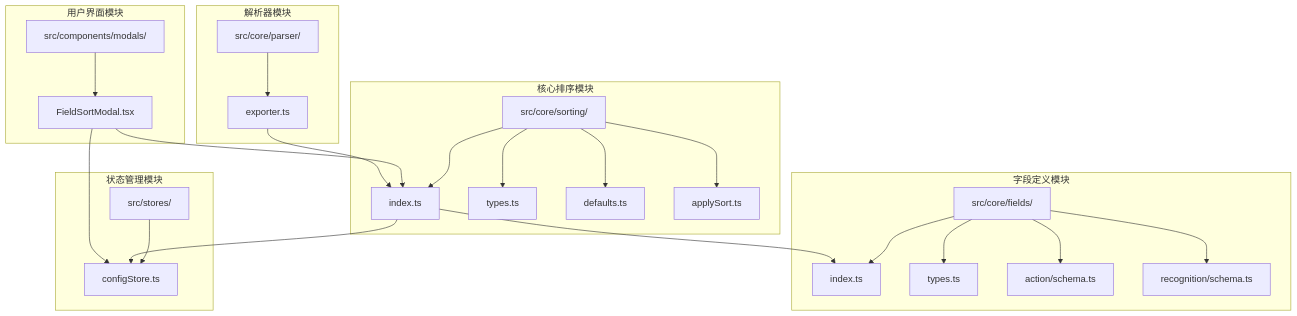
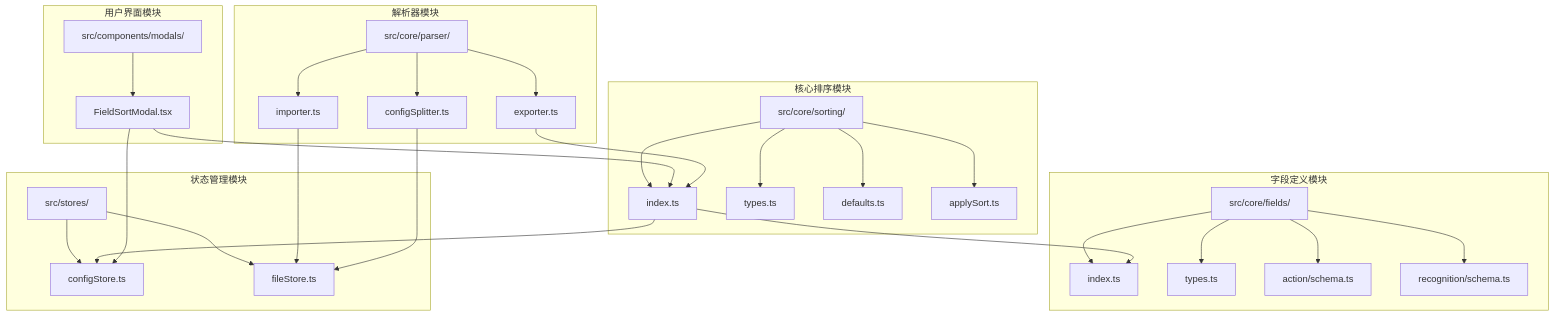
Before and after one commit to kqcoxn/MaaPipelineEditor: the first of 9 diagrams in .qoder/repowiki/zh/content/核心概念/字段排序系统.md, drawn with Mermaid. The commit also changed other lines of this file and 31 other files, not shown here.

````diff
--- a/.qoder/repowiki/zh/content/核心概念/字段排序系统.md
+++ b/.qoder/repowiki/zh/content/核心概念/字段排序系统.md
@@ -39,29 +51,34 @@
 ```mermaid
 graph TB
 subgraph "核心排序模块"
 A[src/core/sorting/] --> A1[index.ts]
 A --> A2[types.ts]
 A --> A3[defaults.ts]
 A --> A4[applySort.ts]
 end
 subgraph "字段定义模块"
 B[src/core/fields/] --> B1[index.ts]
 B --> B2[types.ts]
 B --> B3[action/schema.ts]
 B --> B4[recognition/schema.ts]
 end
 subgraph "用户界面模块"
 C[src/components/modals/] --> C1[FieldSortModal.tsx]
 end
 subgraph "状态管理模块"
 D[src/stores/] --> D1[configStore.ts]
+D --> D2[fileStore.ts]
 end
 subgraph "解析器模块"
 E[src/core/parser/] --> E1[exporter.ts]
+E --> E2[importer.ts]
+E --> E3[configSplitter.ts]
 end
 A1 --> B1
 A1 --> D1
 C1 --> A1
 C1 --> D1
 E1 --> A1
+E2 --> D2
+E3 --> D2
 ```
````
